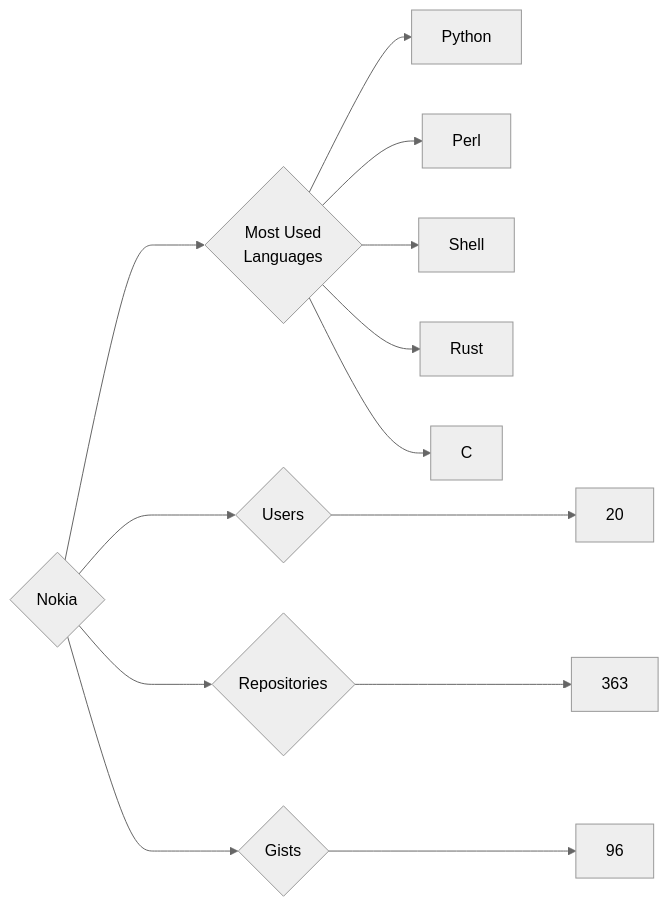
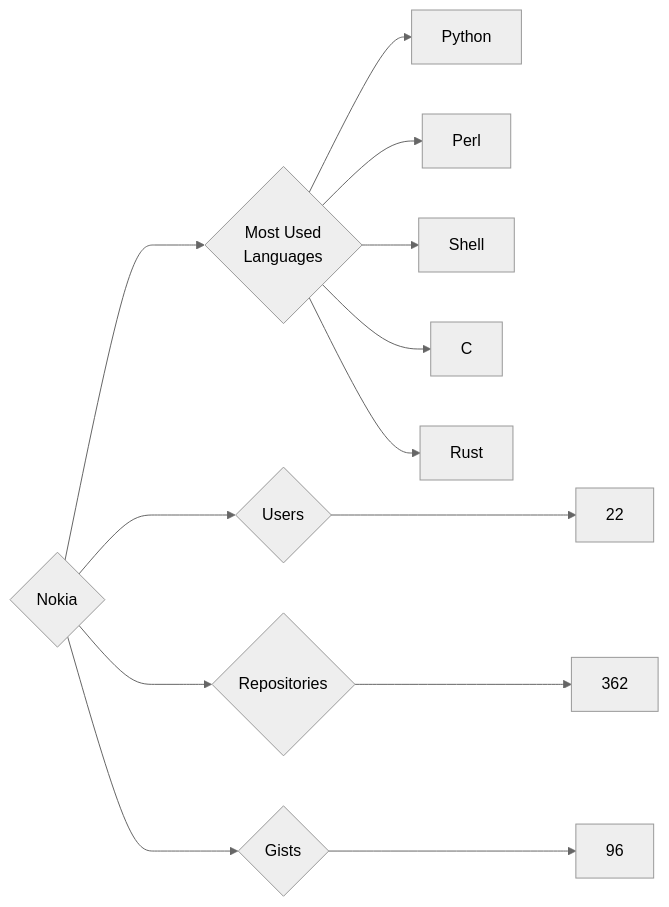
The diagram in targets/Nokia/README.md (trickest/insiders), drawn with Mermaid (neutral theme) before and after one commit. The commit also changed 1248 other files, not shown here.

````diff
--- a/targets/Nokia/README.md
+++ b/targets/Nokia/README.md
@@ -3,13 +3,13 @@
 ```mermaid
 graph LR
 COMPANY_NAME{Nokia}
-COMPANY_NAME ---> U{Users} ---> UN[20]
-COMPANY_NAME ---> R{Repositories} ---> RN[363]
+COMPANY_NAME ---> U{Users} ---> UN[22]
+COMPANY_NAME ---> R{Repositories} ---> RN[362]
 COMPANY_NAME ---> G{Gists} ---> GN[96]
 COMPANY_NAME ---> ML{Most Used<br>Languages}
 ML --> Python[Python]
 ML --> Perl[Perl]
 ML --> Shell[Shell]
+ML --> C[C]
 ML --> Rust[Rust]
-ML --> C[C]
 ```
````
